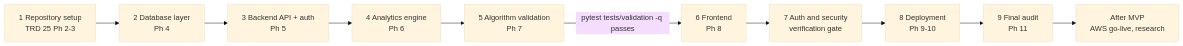
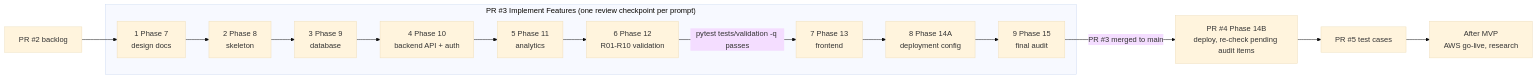
One commit to EchoWellApp/echowell changed the diagram in specs/backlog/IMPLEMENTATION_ROADMAP.md. Above: the diagram before and after it, drawn with Mermaid (base theme). The commit also changed other lines of this file and 53 other files, not shown here.

First line of the commit message:
docs: address PR #2 review - main-only branching and PR structure

````diff
--- a/specs/backlog/IMPLEMENTATION_ROADMAP.md
+++ b/specs/backlog/IMPLEMENTATION_ROADMAP.md
@@ -92,7 +119,12 @@
 ```mermaid
 flowchart LR
-  P1[1 Repository setup<br/>TRD 25 Ph 2-3] --> P2[2 Database layer<br/>Ph 4] --> P3[3 Backend API + auth<br/>Ph 5] --> P4[4 Analytics engine<br/>Ph 6]
-  P4 --> P5[5 Algorithm validation<br/>Ph 7] -->|pytest tests/validation -q passes| P6[6 Frontend<br/>Ph 8]
-  P6 --> P7[7 Auth and security<br/>verification gate] --> P8[8 Deployment<br/>Ph 9-10] --> P9[9 Final audit<br/>Ph 11]
-  P9 --> AM[After MVP<br/>AWS go-live, research]
+  subgraph PR3["PR #3 Implement Features (one review checkpoint per prompt)"]
+    C1[1 Phase 7<br/>design docs] --> C2[2 Phase 8<br/>skeleton] --> C3[3 Phase 9<br/>database] --> C4[4 Phase 10<br/>backend API + auth]
+    C4 --> C5[5 Phase 11<br/>analytics] --> C6[6 Phase 12<br/>R01-R10 validation]
+    C6 -->|pytest tests/validation -q passes| C7[7 Phase 13<br/>frontend] --> C8[8 Phase 14A<br/>deployment config] --> C9[9 Phase 15<br/>final audit]
+  end
+  PR2["PR #2 backlog"] --> C1
+  C9 -->|PR #3 merged to main| PR4["PR #4 Phase 14B<br/>deploy, re-check pending audit items"]
+  PR4 --> PR5["PR #5 test cases"]
+  PR5 --> AM[After MVP<br/>AWS go-live, research]
 ```
````
